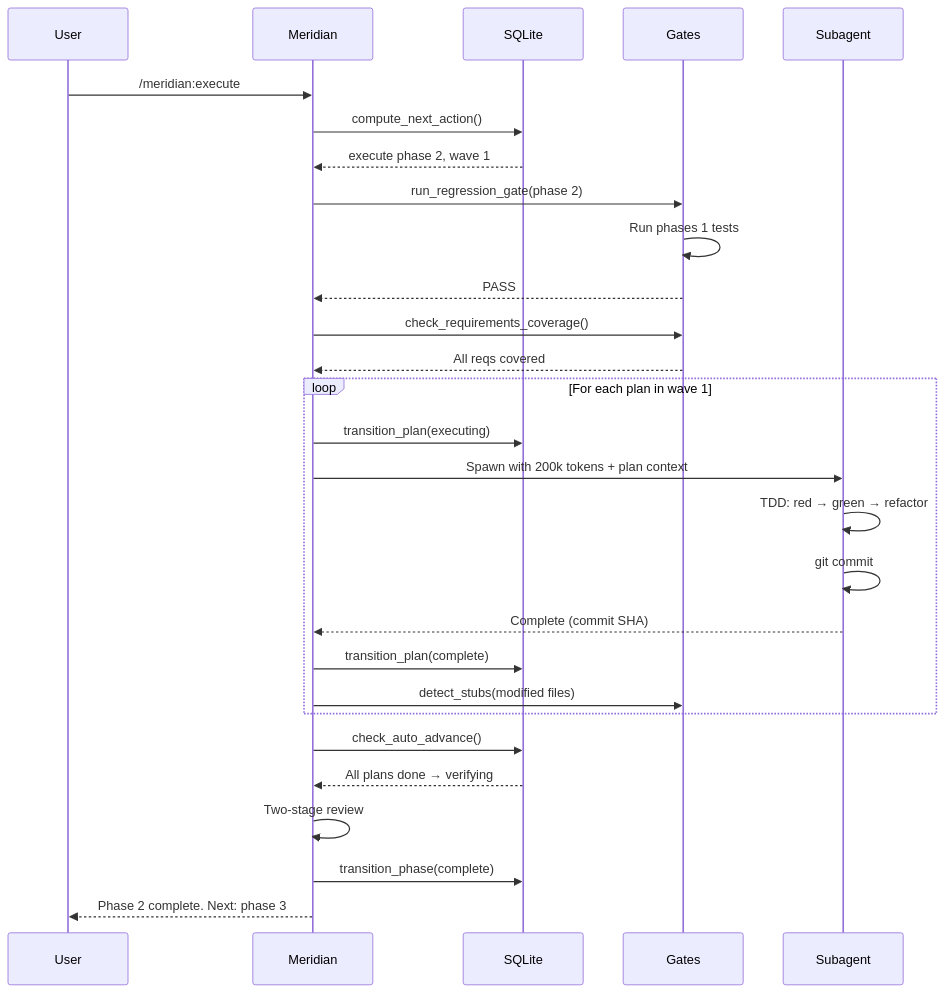
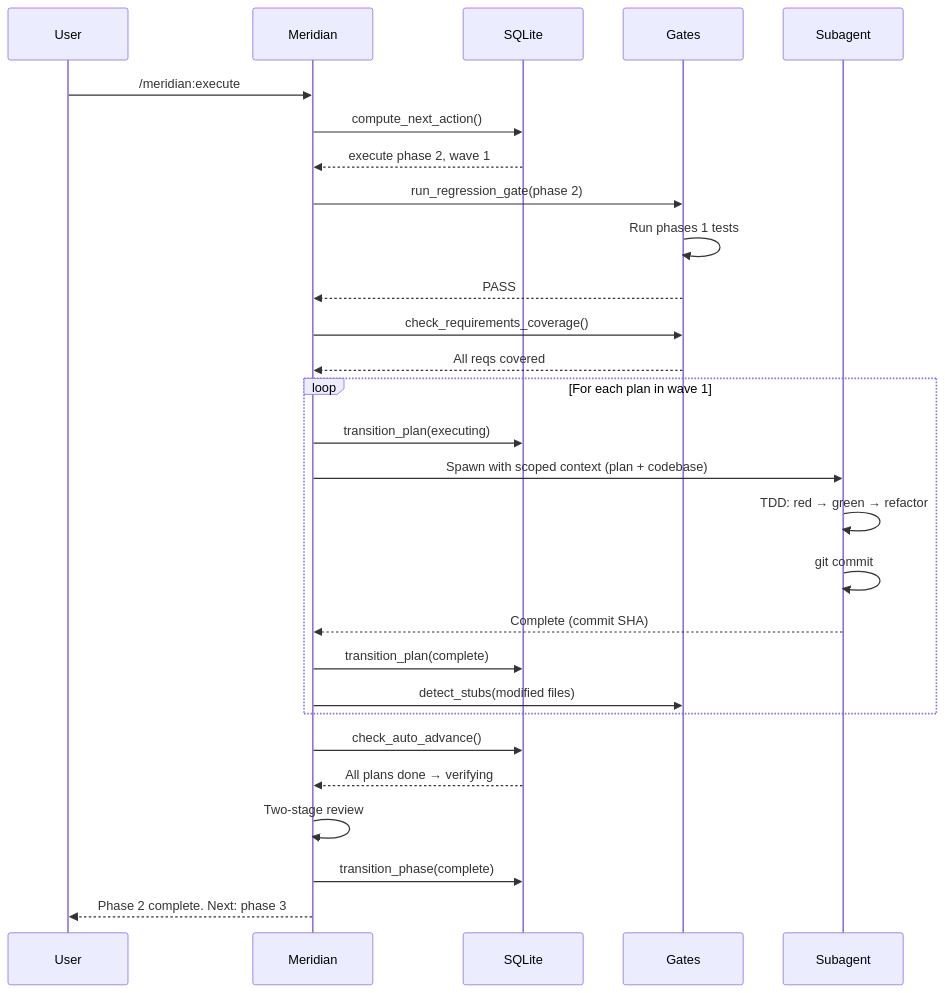
Before and after one commit to mattjaikaran/meridian: the sixth of 9 diagrams in docs/architecture.md, drawn with Mermaid. The commit also changed other lines of this file and 5 other files, not shown here.

````diff
--- a/docs/architecture.md
+++ b/docs/architecture.md
@@ -140,35 +140,35 @@
 ```mermaid
 sequenceDiagram
     participant U as User
     participant M as Meridian
     participant DB as SQLite
     participant G as Gates
     participant A as Subagent
 
     U->>M: /meridian:execute
     M->>DB: compute_next_action()
     DB-->>M: execute phase 2, wave 1
 
     M->>G: run_regression_gate(phase 2)
     G->>G: Run phases 1 tests
     G-->>M: PASS
 
     M->>G: check_requirements_coverage()
     G-->>M: All reqs covered
 
     loop For each plan in wave 1
         M->>DB: transition_plan(executing)
-        M->>A: Spawn with 200k tokens + plan context
+        M->>A: Spawn with scoped context (plan + codebase)
         A->>A: TDD: red → green → refactor
         A->>A: git commit
         A-->>M: Complete (commit SHA)
         M->>DB: transition_plan(complete)
         M->>G: detect_stubs(modified files)
     end
 
     M->>DB: check_auto_advance()
     DB-->>M: All plans done → verifying
     M->>M: Two-stage review
     M->>DB: transition_phase(complete)
     M-->>U: Phase 2 complete. Next: phase 3
 ```
````
